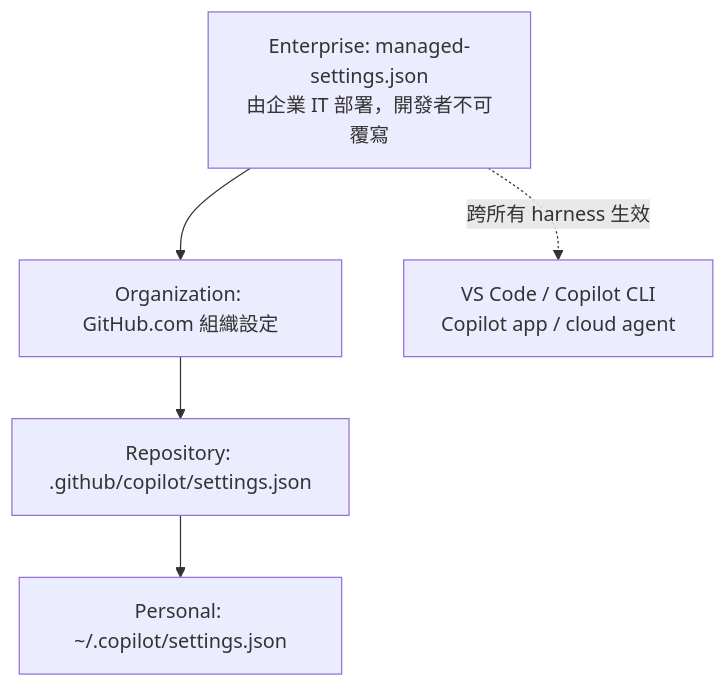
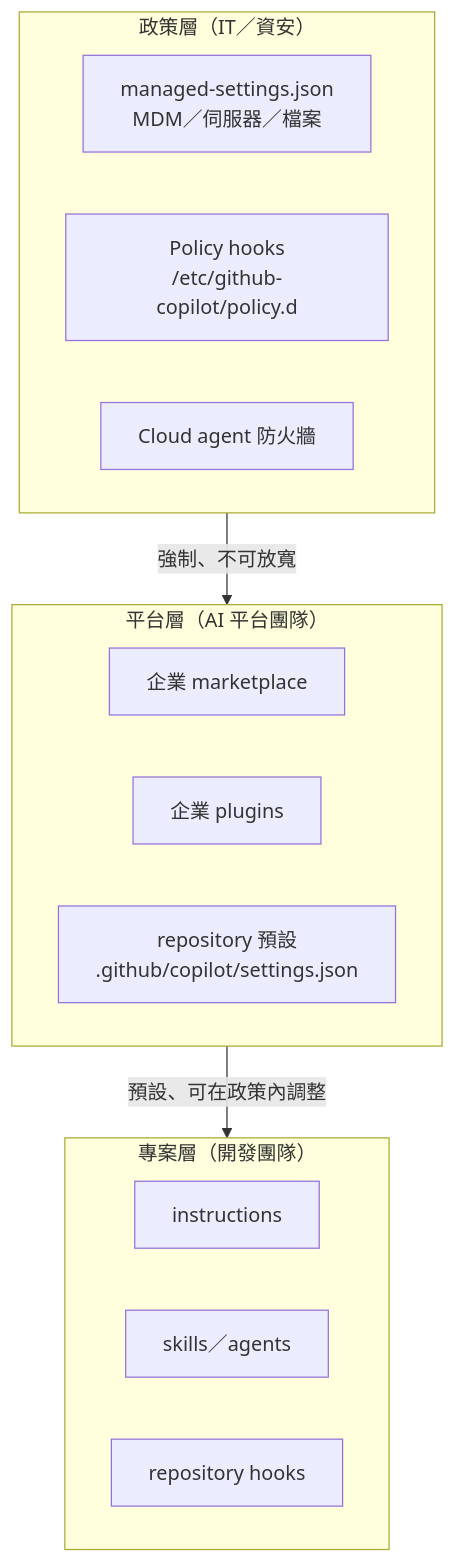
One commit to chihhung/Blog changed diagram 15 of 18 in content/posts/教學/AI開發/awesome-copilot教學手冊.md. Above: the diagram before and after it, drawn with Mermaid. The commit also changed other lines of this file and 1 other file, not shown here.

Commit message:
docs: update awesome-copilot and Github Repositories教學手冊

````diff
--- a/content/posts/教學/AI開發/awesome-copilot教學手冊.md
+++ b/content/posts/教學/AI開發/awesome-copilot教學手冊.md
@@ -3582,7 +3982,20 @@
 ```mermaid
-graph TB
-    E["Enterprise: managed-settings.json<br/>由企業 IT 部署，開發者不可覆寫"] --> O["Organization: GitHub.com 組織設定"]
-    O --> R["Repository: .github/copilot/settings.json"]
-    R --> P["Personal: ~/.copilot/settings.json"]
-    E -.->|"跨所有 harness 生效"| H["VS Code / Copilot CLI<br/>Copilot app / cloud agent"]
+flowchart TB
+    subgraph POLICY["政策層（IT／資安）"]
+        MS["managed-settings.json<br/>MDM／伺服器／檔案"]
+        PH["Policy hooks<br/>/etc/github-copilot/policy.d"]
+        FW["Cloud agent 防火牆"]
+    end
+    subgraph PLATFORM["平台層（AI 平台團隊）"]
+        MK["企業 marketplace"]
+        PL["企業 plugins"]
+        RD["repository 預設<br/>.github/copilot/settings.json"]
+    end
+    subgraph TEAM["專案層（開發團隊）"]
+        IN["instructions"]
+        SK["skills／agents"]
+        HK["repository hooks"]
+    end
+    POLICY -->|"強制、不可放寬"| PLATFORM
+    PLATFORM -->|"預設、可在政策內調整"| TEAM
 ```
````
